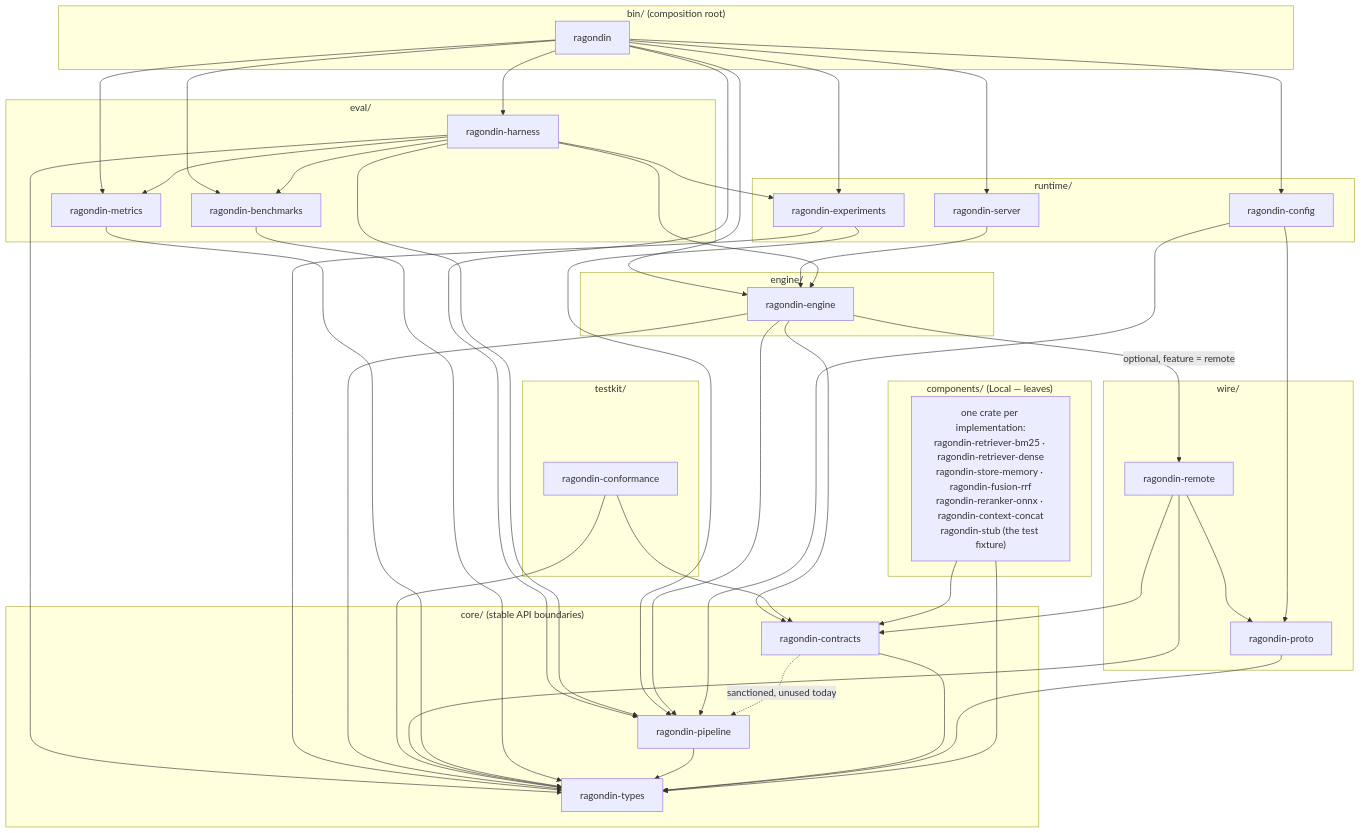
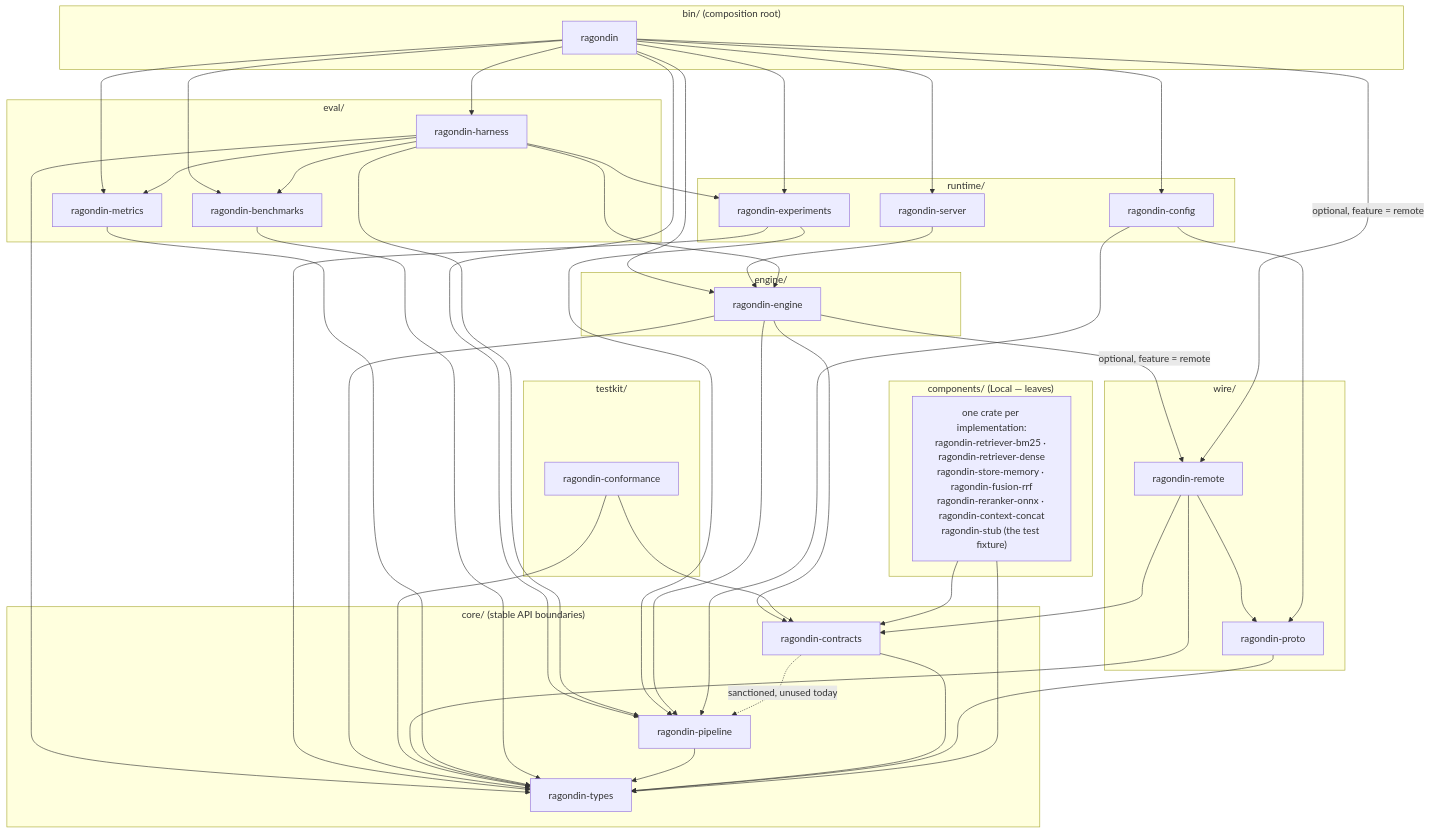
One commit to genesary/Ragondin changed the first of 4 diagrams in docs/code-architecture.md. Above: the diagram before and after it, drawn with Mermaid. The commit also changed other lines of this file and 4 other files, not shown here.

````diff
--- a/docs/code-architecture.md
+++ b/docs/code-architecture.md
@@ -182,51 +182,52 @@
 ```mermaid
 flowchart TB
   subgraph BIN["bin/ (composition root)"]
     RAG[ragondin]
   end
   subgraph RUNTIME["runtime/"]
     SRV[ragondin-server]
     EXP[ragondin-experiments]
     CFG[ragondin-config]
   end
   subgraph EVAL["eval/"]
     HAR[ragondin-harness]
     MET[ragondin-metrics]
     BEN[ragondin-benchmarks]
   end
   subgraph ENGINE["engine/"]
     ENG[ragondin-engine]
   end
   subgraph TESTKIT["testkit/"]
     CNF[ragondin-conformance]
   end
   subgraph COMP["components/ (Local — leaves)"]
     CX["one crate per implementation:<br/>ragondin-retriever-bm25 · ragondin-retriever-dense<br/>ragondin-store-memory · ragondin-fusion-rrf<br/>ragondin-reranker-onnx · ragondin-context-concat<br/>ragondin-stub (the test fixture)"]
   end
   subgraph WIRE["wire/"]
     PRO[ragondin-proto]
     REM[ragondin-remote]
   end
   subgraph CORE["core/ (stable API boundaries)"]
     CON[ragondin-contracts]
     PIP[ragondin-pipeline]
     TYP[ragondin-types]
   end
 
   RAG --> SRV & HAR & EXP & CFG & ENG & MET & BEN & PIP
   SRV --> ENG
   HAR --> ENG & MET & BEN & EXP & PIP & TYP
   EXP --> PIP & TYP
   ENG --> CON & PIP & TYP
   ENG -->|"optional, feature = remote"| REM
+  RAG -->|"optional, feature = remote"| REM
   CNF --> CON & TYP
   REM --> CON & TYP & PRO
   MET --> TYP
   BEN --> TYP
   CFG --> PIP & PRO
   CON -.->|"sanctioned, unused today"| PIP
   PIP --> TYP
   CON --> TYP
   PRO --> TYP
   CX --> CON & TYP
 ```
````
